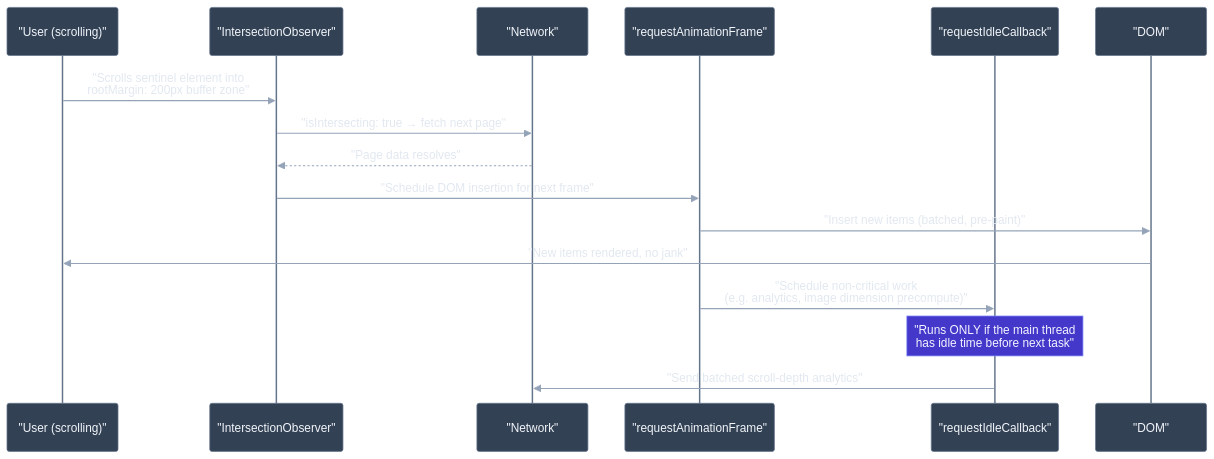
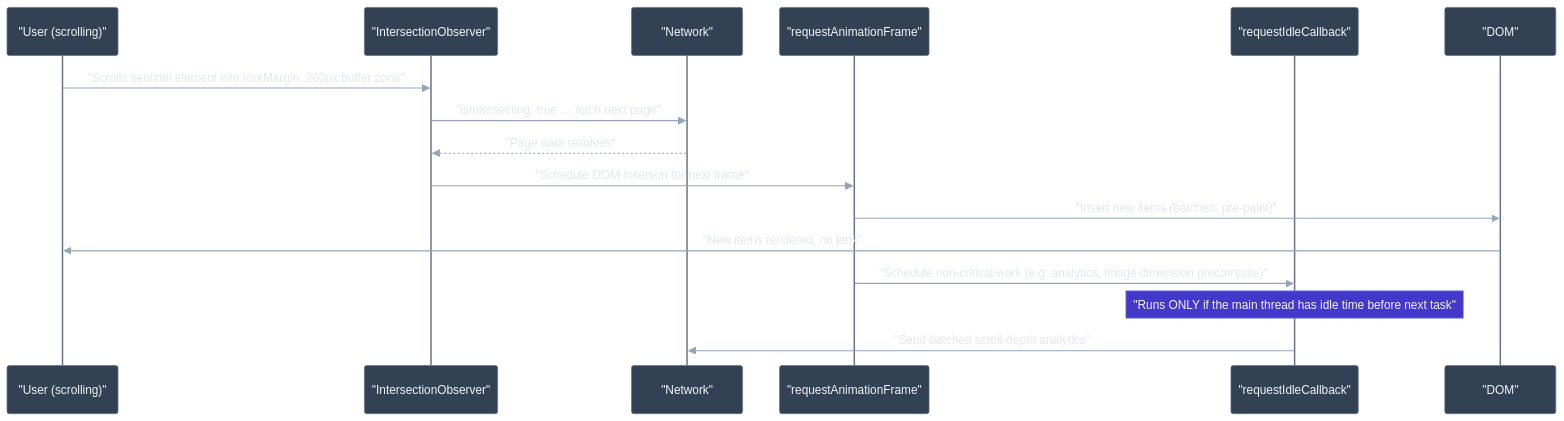
The third of 3 diagrams in data/topics/web-apis-advanced.md (vinayakhumberi/litmus), drawn with Mermaid before and after one commit. The commit also changed other lines of this file and 68 other files, not shown here.

````diff
--- a/data/topics/web-apis-advanced.md
+++ b/data/topics/web-apis-advanced.md
@@ -351,20 +351,20 @@
 ```mermaid
 %%{init: {"theme": "base", "themeVariables": {"background":"transparent","actorBkg":"#334155","actorBorder":"#64748b","actorTextColor":"#f1f5f9","actorLineColor":"#64748b","signalColor":"#94a3b8","signalTextColor":"#e2e8f0","noteBkgColor":"#4338ca","noteBorderColor":"#818cf8","noteTextColor":"#f5f3ff","activationBkgColor":"#475569","activationBorderColor":"#94a3b8","labelBoxBkgColor":"#334155","labelBoxBorderColor":"#64748b","labelTextColor":"#f1f5f9","loopTextColor":"#f1f5f9","fontFamily":"\"Plus Jakarta Sans\", sans-serif","fontSize":"14px"}}}%%
 sequenceDiagram
     participant U as "User (scrolling)"
     participant IO as "IntersectionObserver"
     participant Net as "Network"
     participant RAF as "requestAnimationFrame"
     participant RIC as "requestIdleCallback"
     participant DOM as "DOM"
 
-    U->>IO: "Scrolls sentinel element into<br>rootMargin: 200px buffer zone"
+    U->>IO: "Scrolls sentinel element into rootMargin: 200px buffer zone"
     IO->>Net: "isIntersecting: true → fetch next page"
     Net-->>IO: "Page data resolves"
     IO->>RAF: "Schedule DOM insertion for next frame"
     RAF->>DOM: "Insert new items (batched, pre-paint)"
     DOM->>U: "New items rendered, no jank"
-    RAF->>RIC: "Schedule non-critical work<br>(e.g. analytics, image dimension precompute)"
-    Note over RIC: "Runs ONLY if the main thread<br>has idle time before next task"
+    RAF->>RIC: "Schedule non-critical work (e.g. analytics, image dimension precompute)"
+    Note over RIC: "Runs ONLY if the main thread has idle time before next task"
     RIC->>Net: "Send batched scroll-depth analytics"
 ```
````
